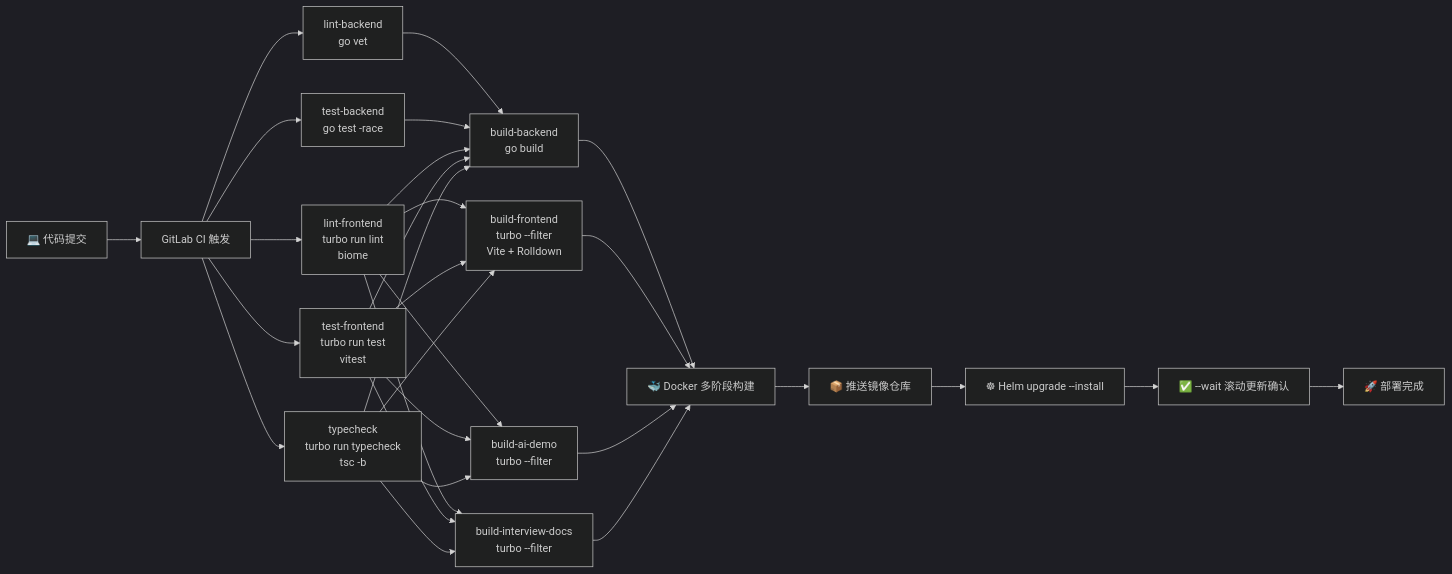
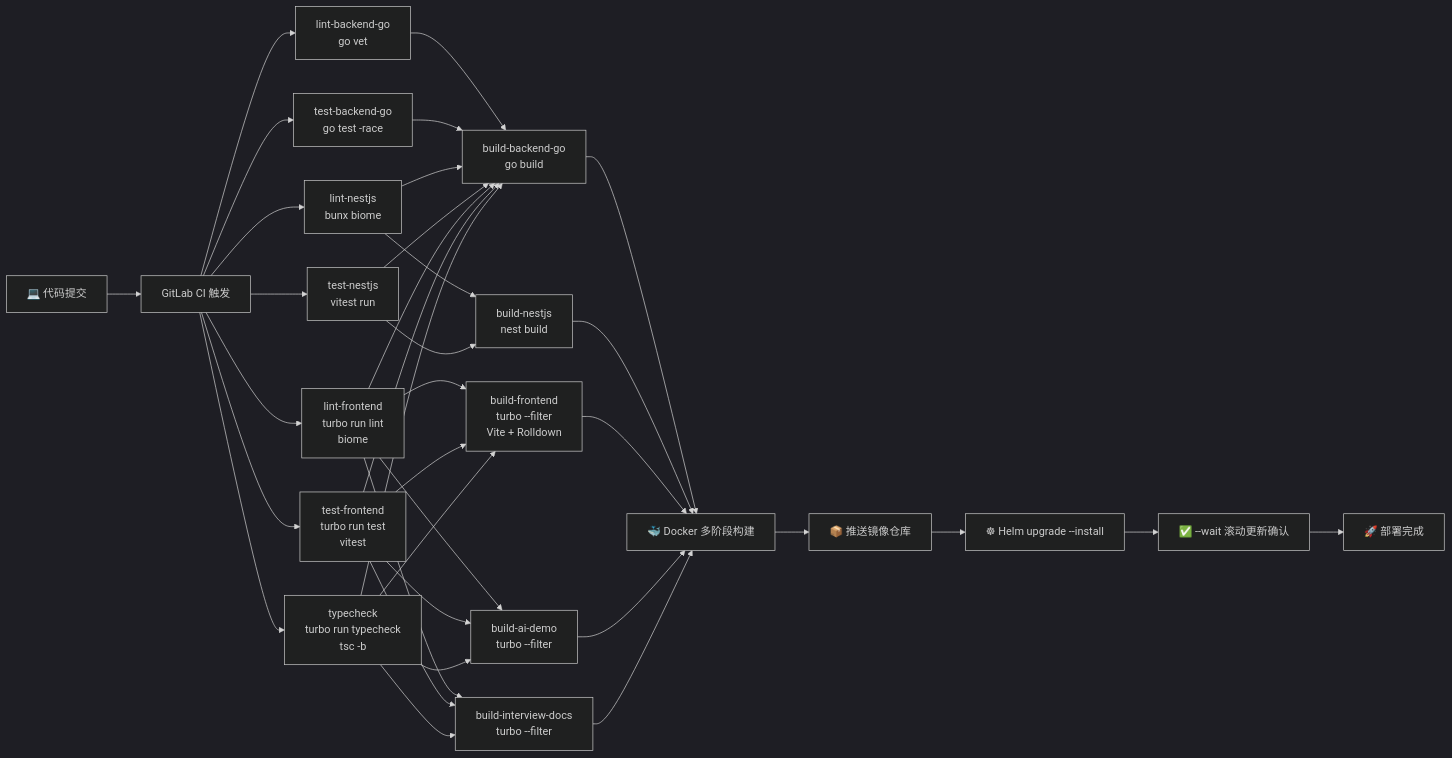
One commit to KMaybe01/interview-demo changed the fifth of 51 diagrams in docs/WIKI.md. Above: the diagram before and after it, drawn with Mermaid (dark theme). The commit also changed other lines of this file and 1 other file, not shown here.

````diff
--- a/docs/WIKI.md
+++ b/docs/WIKI.md
@@ -403,18 +422,21 @@
 ```mermaid
 graph LR
     A["💻 代码提交"] --> B["GitLab CI 触发"]
-    B --> C1["lint-backend<br/>go vet"]
-    B --> C2["test-backend<br/>go test -race"]
-    B --> C3["lint-frontend<br/>turbo run lint<br/>biome"]
-    B --> C4["test-frontend<br/>turbo run test<br/>vitest"]
-    B --> C5["typecheck<br/>turbo run typecheck<br/>tsc -b"]
-    C1 & C2 & C3 & C4 & C5 --> D["build-backend<br/>go build"]
-    C3 & C4 & C5 --> E["build-frontend<br/>turbo --filter<br/>Vite + Rolldown"]
-    C3 & C4 & C5 --> F["build-ai-demo<br/>turbo --filter"]
-    C3 & C4 & C5 --> G["build-interview-docs<br/>turbo --filter"]
-    D & E & F & G --> H["🐳 Docker 多阶段构建"]
-    H --> I["📦 推送镜像仓库"]
-    I --> J["☸ Helm upgrade --install"]
-    J --> K["✅ --wait 滚动更新确认"]
-    K --> L["🚀 部署完成"]
+    B --> C1["lint-backend-go<br/>go vet"]
+    B --> C2["test-backend-go<br/>go test -race"]
+    B --> C3["lint-nestjs<br/>bunx biome"]
+    B --> C4["test-nestjs<br/>vitest run"]
+    B --> C5["lint-frontend<br/>turbo run lint<br/>biome"]
+    B --> C6["test-frontend<br/>turbo run test<br/>vitest"]
+    B --> C7["typecheck<br/>turbo run typecheck<br/>tsc -b"]
+    C1 & C2 & C3 & C4 & C5 & C6 & C7 --> D["build-backend-go<br/>go build"]
+    C3 & C4 --> E["build-nestjs<br/>nest build"]
+    C5 & C6 & C7 --> F["build-frontend<br/>turbo --filter<br/>Vite + Rolldown"]
+    C5 & C6 & C7 --> G["build-ai-demo<br/>turbo --filter"]
+    C5 & C6 & C7 --> H["build-interview-docs<br/>turbo --filter"]
+    D & E & F & G & H --> I["🐳 Docker 多阶段构建"]
+    I --> J["📦 推送镜像仓库"]
+    J --> K["☸ Helm upgrade --install"]
+    K --> L["✅ --wait 滚动更新确认"]
+    L --> M["🚀 部署完成"]
 ```
````
